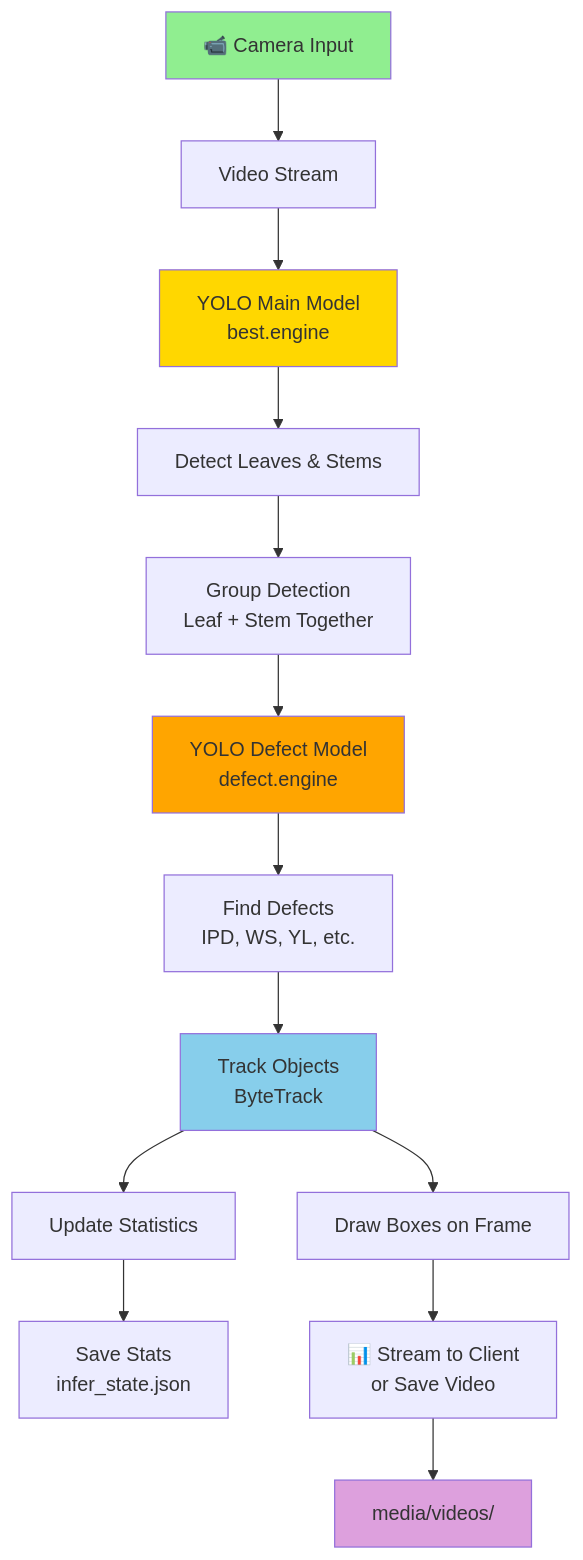
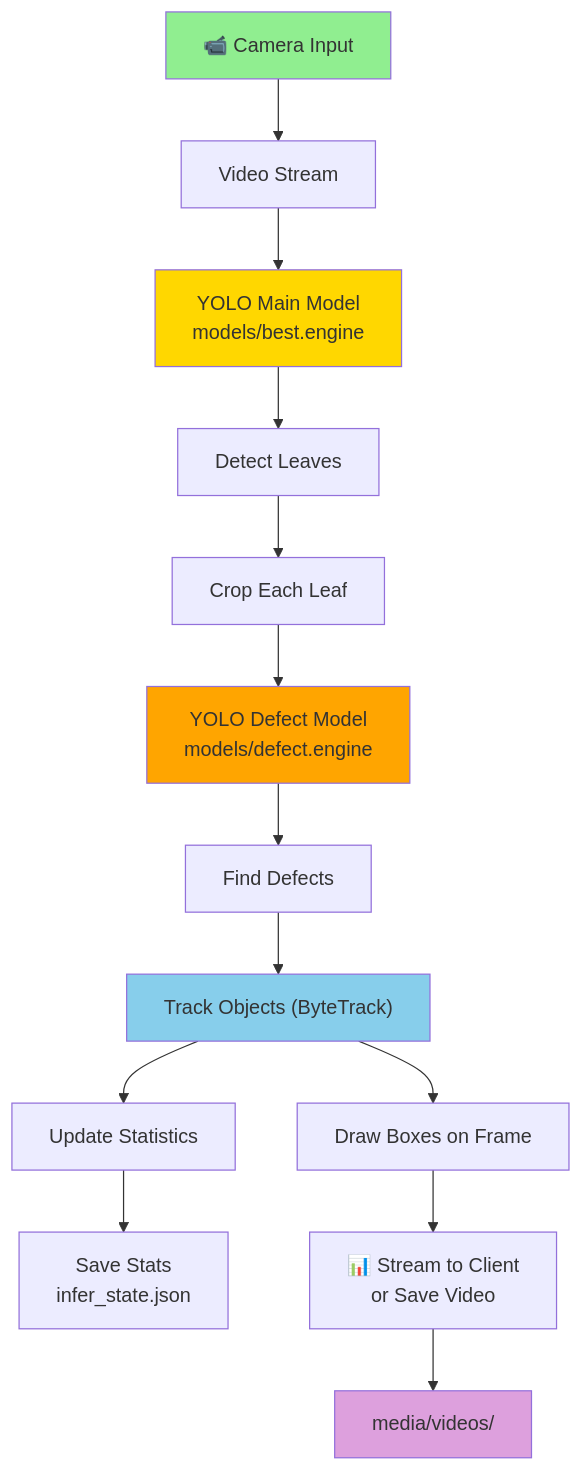
Before and after one commit to sivamcommon/exceed-server: the diagram in README.md, drawn with Mermaid. The commit also changed other lines of this file and 19 other files, not shown here.

````diff
--- a/README.md
+++ b/README.md
@@ -17,21 +23,21 @@
 ```mermaid
 graph TD
     A["📹 Camera Input"] --> B["Video Stream"]
-    B --> C["YOLO Main Model<br/>best.engine"]
-    C --> D["Detect Leaves & Stems"]
-    D --> E["Group Detection<br/>Leaf + Stem Together"]
-    E --> F["YOLO Defect Model<br/>defect.engine"]
-    F --> G["Find Defects<br/>IPD, WS, YL, etc."]
-    G --> H["Track Objects<br/>ByteTrack"]
+    B --> C["YOLO Main Model<br/>models/best.engine"]
+    C --> D["Detect Leaves"]
+    D --> E["Crop Each Leaf"]
+    E --> F["YOLO Defect Model<br/>models/defect.engine"]
+    F --> G["Find Defects"]
+    G --> H["Track Objects (ByteTrack)"]
     H --> I["Update Statistics"]
     I --> J["Save Stats<br/>infer_state.json"]
     H --> K["Draw Boxes on Frame"]
     K --> L["📊 Stream to Client<br/>or Save Video"]
     L --> M["media/videos/"]
-    
+
     style A fill:#90EE90
     style C fill:#FFD700
     style F fill:#FFA500
     style H fill:#87CEEB
     style M fill:#DDA0DD
 ```
````
